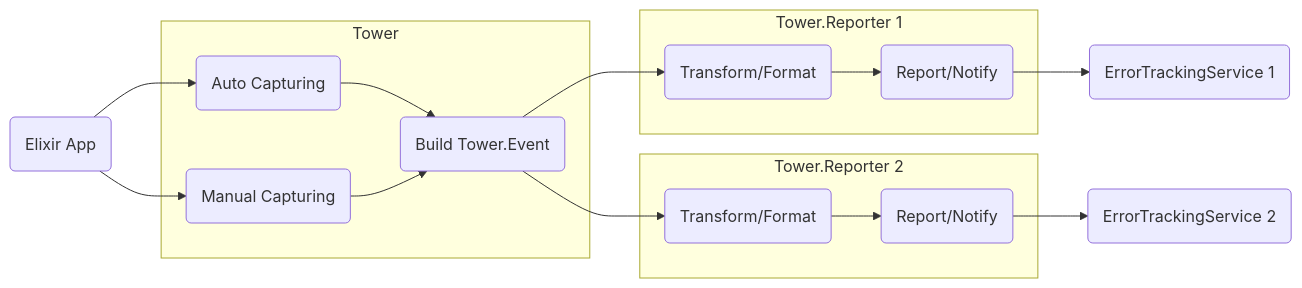
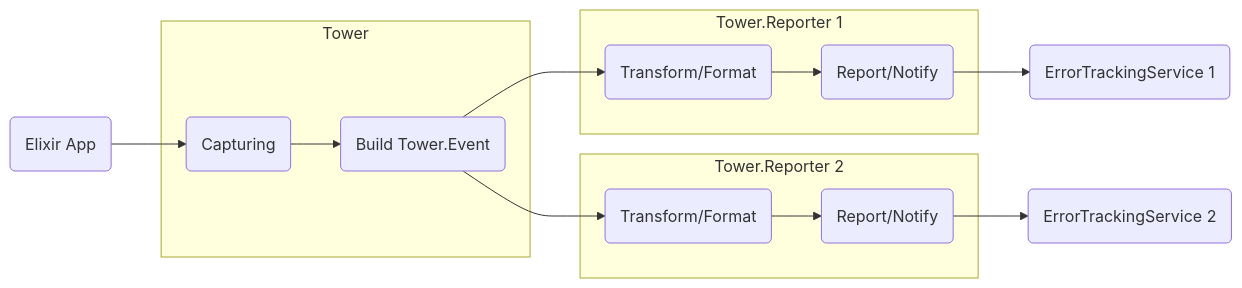
Before and after one commit to mimiquate/tower: the third of 3 diagrams in README.md, drawn with Mermaid. The commit also changed other lines of this file and 1 other file, not shown here.

````diff
--- a/README.md
+++ b/README.md
@@ -80,19 +76,17 @@
 ```mermaid
 flowchart LR;
-  A(Elixir App) --> B(Auto Capturing);
-  A --> C(Manual Capturing);
+  A(Elixir App) --> B(Capturing);
   subgraph Tower
-  B --> Z("Build Tower.Event");
-  C --> Z;
+  B --> C("Build Tower.Event");
   end
   subgraph Tower.Reporter 1
-  Z --> D("Transform/Format");
+  C --> D("Transform/Format");
   D --> E("Report/Notify");
   end
   subgraph Tower.Reporter 2
-  Z --> F("Transform/Format");
+  C --> F("Transform/Format");
   F --> G("Report/Notify");
   end
   E --> H("ErrorTrackingService 1");
   G --> I("ErrorTrackingService 2");
 ```
````
